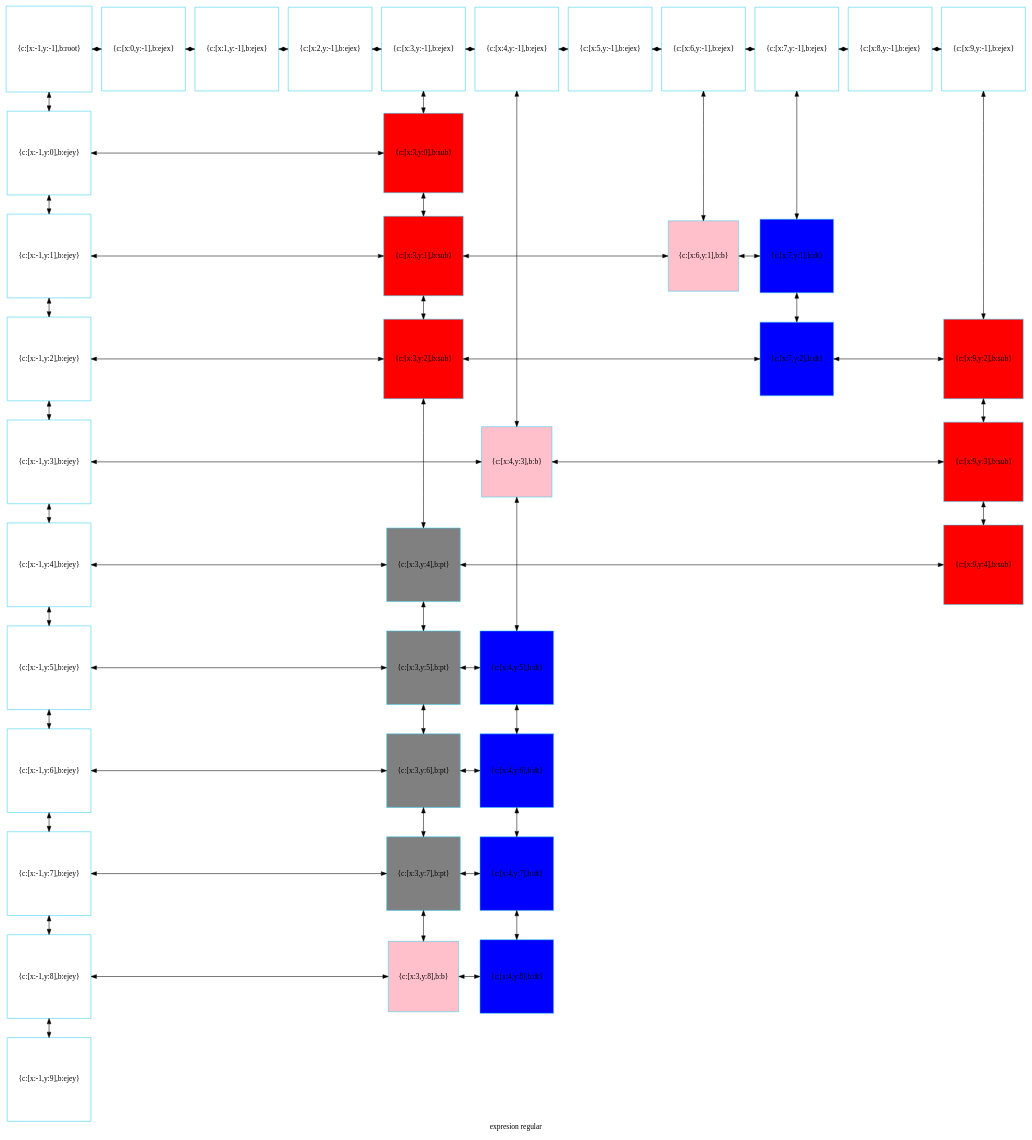
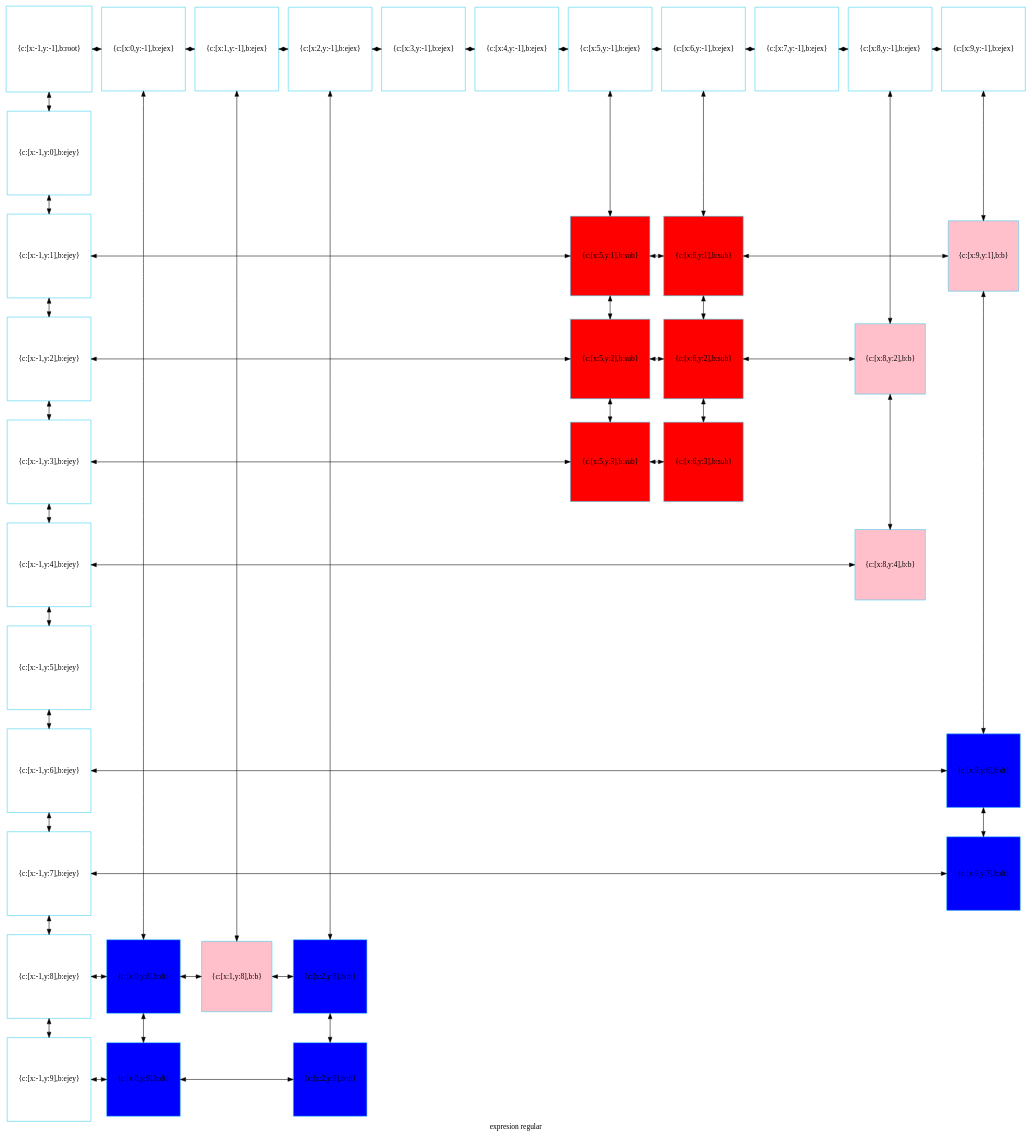
One commit to betebetoven/EDDS2F2 changed the diagram in compu.dot. Above: the diagram before and after it, drawn with Graphviz. The commit also changed 10 other files, not shown here.

```diff
--- a/compu.dot
+++ b/compu.dot
@@ -1,118 +1,109 @@
 digraph G
 {label="expresion regular"
         node[shape = square]
         node[style = filled]
         node[fillcolor = "#EEEEE"]
         node[color = "#EEEEE"]
         node[color = "#31CEF0"]
 
-583534438528[label="{c:[x:-1,y:-1],b:root}",fillcolor = "white"]
-583534438144[label="{c:[x:0,y:-1],b:ejex}",fillcolor = "white"]
-583534438192[label="{c:[x:1,y:-1],b:ejex}",fillcolor = "white"]
-583534436656[label="{c:[x:2,y:-1],b:ejex}",fillcolor = "white"]
-583534436560[label="{c:[x:3,y:-1],b:ejex}",fillcolor = "white"]
-583534438816[label="{c:[x:4,y:-1],b:ejex}",fillcolor = "white"]
-583534438384[label="{c:[x:5,y:-1],b:ejex}",fillcolor = "white"]
-583534437664[label="{c:[x:6,y:-1],b:ejex}",fillcolor = "white"]
-583534439104[label="{c:[x:7,y:-1],b:ejex}",fillcolor = "white"]
-583534439248[label="{c:[x:8,y:-1],b:ejex}",fillcolor = "white"]
-583534439392[label="{c:[x:9,y:-1],b:ejex}",fillcolor = "white"]
-583534439536[label="{c:[x:-1,y:0],b:ejey}",fillcolor = "white"]
-583535723856[label="{c:[x:3,y:0],b:sub}",fillcolor = "red"]
-583534439680[label="{c:[x:-1,y:1],b:ejey}",fillcolor = "white"]
-583535725152[label="{c:[x:3,y:1],b:sub}",fillcolor = "red"]
-583535735952[label="{c:[x:6,y:1],b:b}",fillcolor = "pink"]
-583535726496[label="{c:[x:7,y:1],b:dt}",fillcolor = "blue"]
-583534439824[label="{c:[x:-1,y:2],b:ejey}",fillcolor = "white"]
-583535724912[label="{c:[x:3,y:2],b:sub}",fillcolor = "red"]
-583535734992[label="{c:[x:7,y:2],b:dt}",fillcolor = "blue"]
-583535724096[label="{c:[x:9,y:2],b:sub}",fillcolor = "red"]
-583534439968[label="{c:[x:-1,y:3],b:ejey}",fillcolor = "white"]
-583535735232[label="{c:[x:4,y:3],b:b}",fillcolor = "pink"]
-583535724336[label="{c:[x:9,y:3],b:sub}",fillcolor = "red"]
-583534440112[label="{c:[x:-1,y:4],b:ejey}",fillcolor = "white"]
-583535723088[label="{c:[x:3,y:4],b:pt}",fillcolor = "gray"]
-583535724576[label="{c:[x:9,y:4],b:sub}",fillcolor = "red"]
-583534440256[label="{c:[x:-1,y:5],b:ejey}",fillcolor = "white"]
-583535723712[label="{c:[x:3,y:5],b:pt}",fillcolor = "gray"]
-583535725296[label="{c:[x:4,y:5],b:dt}",fillcolor = "blue"]
-583534440400[label="{c:[x:-1,y:6],b:ejey}",fillcolor = "white"]
-583535723472[label="{c:[x:3,y:6],b:pt}",fillcolor = "gray"]
-583535726112[label="{c:[x:4,y:6],b:dt}",fillcolor = "blue"]
-583535722656[label="{c:[x:-1,y:7],b:ejey}",fillcolor = "white"]
-583535723232[label="{c:[x:3,y:7],b:pt}",fillcolor = "gray"]
-583535725536[label="{c:[x:4,y:7],b:dt}",fillcolor = "blue"]
-583535722800[label="{c:[x:-1,y:8],b:ejey}",fillcolor = "white"]
-583535735472[label="{c:[x:3,y:8],b:b}",fillcolor = "pink"]
-583535725776[label="{c:[x:4,y:8],b:dt}",fillcolor = "blue"]
-583535722944[label="{c:[x:-1,y:9],b:ejey}",fillcolor = "white"]
-583534438528->583534439536[dir = both];
-583534439536->583534439680[dir = both];
-583534439680->583534439824[dir = both];
-583534439824->583534439968[dir = both];
-583534439968->583534440112[dir = both];
-583534440112->583534440256[dir = both];
-583534440256->583534440400[dir = both];
-583534440400->583535722656[dir = both];
-583535722656->583535722800[dir = both];
-583535722800->583535722944[dir = both];
-583534436560->583535723856[dir = both];
-583535723856->583535725152[dir = both];
-583535725152->583535724912[dir = both];
-583535724912->583535723088[dir = both];
-583535723088->583535723712[dir = both];
-583535723712->583535723472[dir = both];
-583535723472->583535723232[dir = both];
-583535723232->583535735472[dir = both];
-583534438816->583535735232[dir = both];
-583535735232->583535725296[dir = both];
-583535725296->583535726112[dir = both];
-583535726112->583535725536[dir = both];
-583535725536->583535725776[dir = both];
-583534437664->583535735952[dir = both];
-583534439104->583535726496[dir = both];
-583535726496->583535734992[dir = both];
-583534439392->583535724096[dir = both];
-583535724096->583535724336[dir = both];
-583535724336->583535724576[dir = both];
-583534438528->583534438144[dir = both];
-583534438144->583534438192[dir = both];
-583534438192->583534436656[dir = both];
-583534436656->583534436560[dir = both];
-583534436560->583534438816[dir = both];
-583534438816->583534438384[dir = both];
-583534438384->583534437664[dir = both];
-583534437664->583534439104[dir = both];
-583534439104->583534439248[dir = both];
-583534439248->583534439392[dir = both];
-583534439536->583535723856[constraint=false,dir = both];
-583534439680->583535725152[constraint=false,dir = both];
-583535725152->583535735952[constraint=false,dir = both];
-583535735952->583535726496[constraint=false,dir = both];
-583534439824->583535724912[constraint=false,dir = both];
-583535724912->583535734992[constraint=false,dir = both];
-583535734992->583535724096[constraint=false,dir = both];
-583534439968->583535735232[constraint=false,dir = both];
-583535735232->583535724336[constraint=false,dir = both];
-583534440112->583535723088[constraint=false,dir = both];
-583535723088->583535724576[constraint=false,dir = both];
-583534440256->583535723712[constraint=false,dir = both];
-583535723712->583535725296[constraint=false,dir = both];
-583534440400->583535723472[constraint=false,dir = both];
-583535723472->583535726112[constraint=false,dir = both];
-583535722656->583535723232[constraint=false,dir = both];
-583535723232->583535725536[constraint=false,dir = both];
-583535722800->583535735472[constraint=false,dir = both];
-583535735472->583535725776[constraint=false,dir = both];
- {rank=same; 583534438528;583534438144;583534438192;583534436656;583534436560;583534438816;583534438384;583534437664;583534439104;583534439248;583534439392;}
- {rank=same; 583534439536;583535723856;}
- {rank=same; 583534439680;583535725152;583535735952;583535726496;}
- {rank=same; 583534439824;583535724912;583535734992;583535724096;}
- {rank=same; 583534439968;583535735232;583535724336;}
- {rank=same; 583534440112;583535723088;583535724576;}
- {rank=same; 583534440256;583535723712;583535725296;}
- {rank=same; 583534440400;583535723472;583535726112;}
- {rank=same; 583535722656;583535723232;583535725536;}
- {rank=same; 583535722800;583535735472;583535725776;}
- {rank=same; 583535722944;}
+1075653314688[label="{c:[x:-1,y:-1],b:root}",fillcolor = "white"]
+1075653314736[label="{c:[x:0,y:-1],b:ejex}",fillcolor = "white"]
+1075653314160[label="{c:[x:1,y:-1],b:ejex}",fillcolor = "white"]
+1075653313872[label="{c:[x:2,y:-1],b:ejex}",fillcolor = "white"]
+1075653312576[label="{c:[x:3,y:-1],b:ejex}",fillcolor = "white"]
+1075653314832[label="{c:[x:4,y:-1],b:ejex}",fillcolor = "white"]
+1075653314400[label="{c:[x:5,y:-1],b:ejex}",fillcolor = "white"]
+1075653313968[label="{c:[x:6,y:-1],b:ejex}",fillcolor = "white"]
+1075653315120[label="{c:[x:7,y:-1],b:ejex}",fillcolor = "white"]
+1075653315264[label="{c:[x:8,y:-1],b:ejex}",fillcolor = "white"]
+1075653315408[label="{c:[x:9,y:-1],b:ejex}",fillcolor = "white"]
+1075653315552[label="{c:[x:-1,y:0],b:ejey}",fillcolor = "white"]
+1075653315696[label="{c:[x:-1,y:1],b:ejey}",fillcolor = "white"]
+1075654601552[label="{c:[x:5,y:1],b:sub}",fillcolor = "red"]
+1075654600496[label="{c:[x:6,y:1],b:sub}",fillcolor = "red"]
+1075654605264[label="{c:[x:9,y:1],b:b}",fillcolor = "pink"]
+1075653315840[label="{c:[x:-1,y:2],b:ejey}",fillcolor = "white"]
+1075654601888[label="{c:[x:5,y:2],b:sub}",fillcolor = "red"]
+1075654600832[label="{c:[x:6,y:2],b:sub}",fillcolor = "red"]
+1075654605600[label="{c:[x:8,y:2],b:b}",fillcolor = "pink"]
+1075653315984[label="{c:[x:-1,y:3],b:ejey}",fillcolor = "white"]
+1075654602224[label="{c:[x:5,y:3],b:sub}",fillcolor = "red"]
+1075654601168[label="{c:[x:6,y:3],b:sub}",fillcolor = "red"]
+1075653316128[label="{c:[x:-1,y:4],b:ejey}",fillcolor = "white"]
+1075654604928[label="{c:[x:8,y:4],b:b}",fillcolor = "pink"]
+1075653316272[label="{c:[x:-1,y:5],b:ejey}",fillcolor = "white"]
+1075653316416[label="{c:[x:-1,y:6],b:ejey}",fillcolor = "white"]
+1075654601504[label="{c:[x:9,y:6],b:dt}",fillcolor = "blue"]
+1075653316560[label="{c:[x:-1,y:7],b:ejey}",fillcolor = "white"]
+1075654602912[label="{c:[x:9,y:7],b:dt}",fillcolor = "blue"]
+1075654598816[label="{c:[x:-1,y:8],b:ejey}",fillcolor = "white"]
+1075654603296[label="{c:[x:0,y:8],b:dt}",fillcolor = "blue"]
+1075654604592[label="{c:[x:1,y:8],b:b}",fillcolor = "pink"]
+1075654604256[label="{c:[x:2,y:8],b:dt}",fillcolor = "blue"]
+1075654598960[label="{c:[x:-1,y:9],b:ejey}",fillcolor = "white"]
+1075654603632[label="{c:[x:0,y:9],b:dt}",fillcolor = "blue"]
+1075654604016[label="{c:[x:2,y:9],b:dt}",fillcolor = "blue"]
+1075653314688->1075653315552[dir = both];
+1075653315552->1075653315696[dir = both];
+1075653315696->1075653315840[dir = both];
+1075653315840->1075653315984[dir = both];
+1075653315984->1075653316128[dir = both];
+1075653316128->1075653316272[dir = both];
+1075653316272->1075653316416[dir = both];
+1075653316416->1075653316560[dir = both];
+1075653316560->1075654598816[dir = both];
+1075654598816->1075654598960[dir = both];
+1075653314736->1075654603296[dir = both];
+1075654603296->1075654603632[dir = both];
+1075653314160->1075654604592[dir = both];
+1075653313872->1075654604256[dir = both];
+1075654604256->1075654604016[dir = both];
+1075653314400->1075654601552[dir = both];
+1075654601552->1075654601888[dir = both];
+1075654601888->1075654602224[dir = both];
+1075653313968->1075654600496[dir = both];
+1075654600496->1075654600832[dir = both];
+1075654600832->1075654601168[dir = both];
+1075653315264->1075654605600[dir = both];
+1075654605600->1075654604928[dir = both];
+1075653315408->1075654605264[dir = both];
+1075654605264->1075654601504[dir = both];
+1075654601504->1075654602912[dir = both];
+1075653314688->1075653314736[dir = both];
+1075653314736->1075653314160[dir = both];
+1075653314160->1075653313872[dir = both];
+1075653313872->1075653312576[dir = both];
+1075653312576->1075653314832[dir = both];
+1075653314832->1075653314400[dir = both];
+1075653314400->1075653313968[dir = both];
+1075653313968->1075653315120[dir = both];
+1075653315120->1075653315264[dir = both];
+1075653315264->1075653315408[dir = both];
+1075653315696->1075654601552[constraint=false,dir = both];
+1075654601552->1075654600496[constraint=false,dir = both];
+1075654600496->1075654605264[constraint=false,dir = both];
+1075653315840->1075654601888[constraint=false,dir = both];
+1075654601888->1075654600832[constraint=false,dir = both];
+1075654600832->1075654605600[constraint=false,dir = both];
+1075653315984->1075654602224[constraint=false,dir = both];
+1075654602224->1075654601168[constraint=false,dir = both];
+1075653316128->1075654604928[constraint=false,dir = both];
+1075653316416->1075654601504[constraint=false,dir = both];
+1075653316560->1075654602912[constraint=false,dir = both];
+1075654598816->1075654603296[constraint=false,dir = both];
+1075654603296->1075654604592[constraint=false,dir = both];
+1075654604592->1075654604256[constraint=false,dir = both];
+1075654598960->1075654603632[constraint=false,dir = both];
+1075654603632->1075654604016[constraint=false,dir = both];
+ {rank=same; 1075653314688;1075653314736;1075653314160;1075653313872;1075653312576;1075653314832;1075653314400;1075653313968;1075653315120;1075653315264;1075653315408;}
+ {rank=same; 1075653315552;}
+ {rank=same; 1075653315696;1075654601552;1075654600496;1075654605264;}
+ {rank=same; 1075653315840;1075654601888;1075654600832;1075654605600;}
+ {rank=same; 1075653315984;1075654602224;1075654601168;}
+ {rank=same; 1075653316128;1075654604928;}
+ {rank=same; 1075653316272;}
+ {rank=same; 1075653316416;1075654601504;}
+ {rank=same; 1075653316560;1075654602912;}
+ {rank=same; 1075654598816;1075654603296;1075654604592;1075654604256;}
+ {rank=same; 1075654598960;1075654603632;1075654604016;}
 }
```
